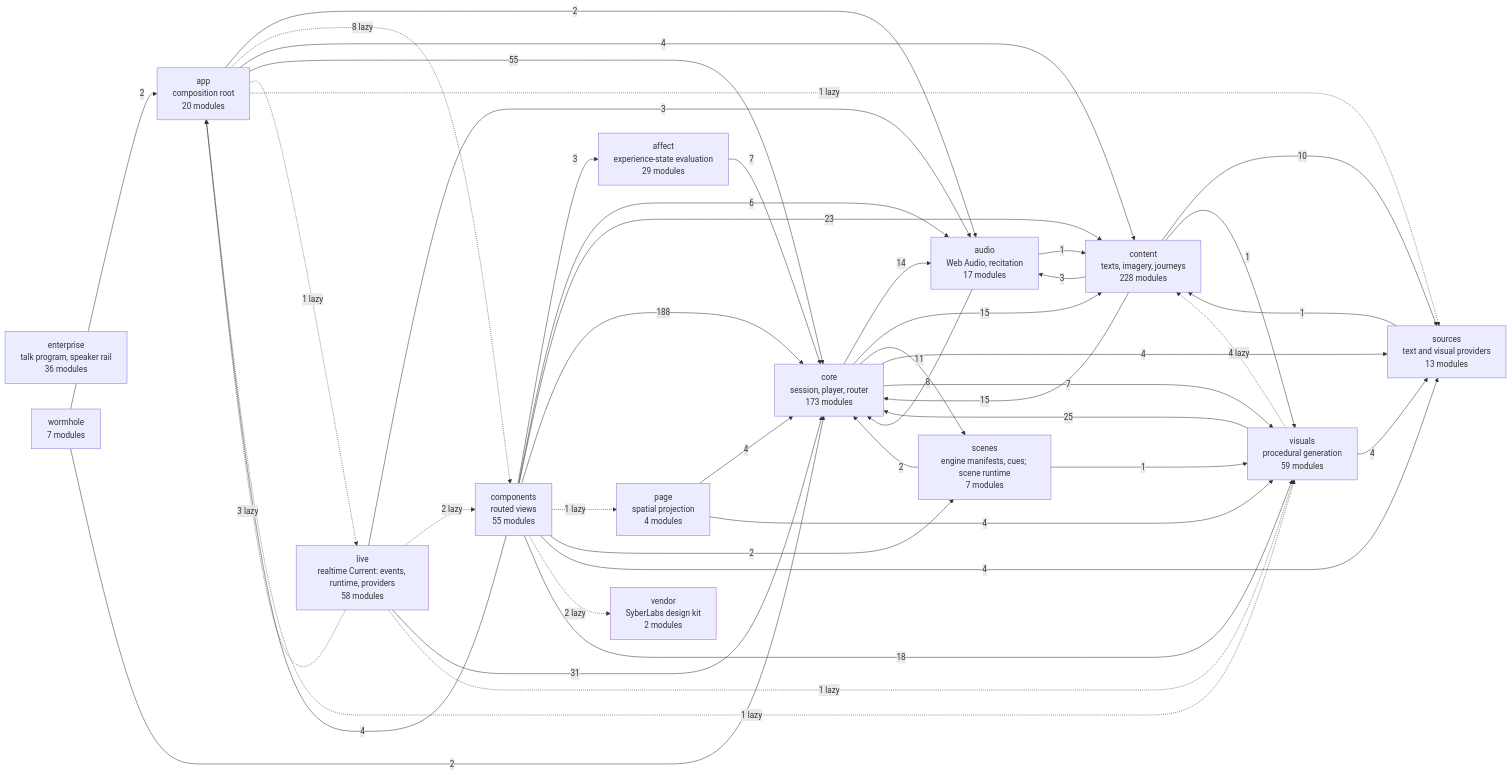
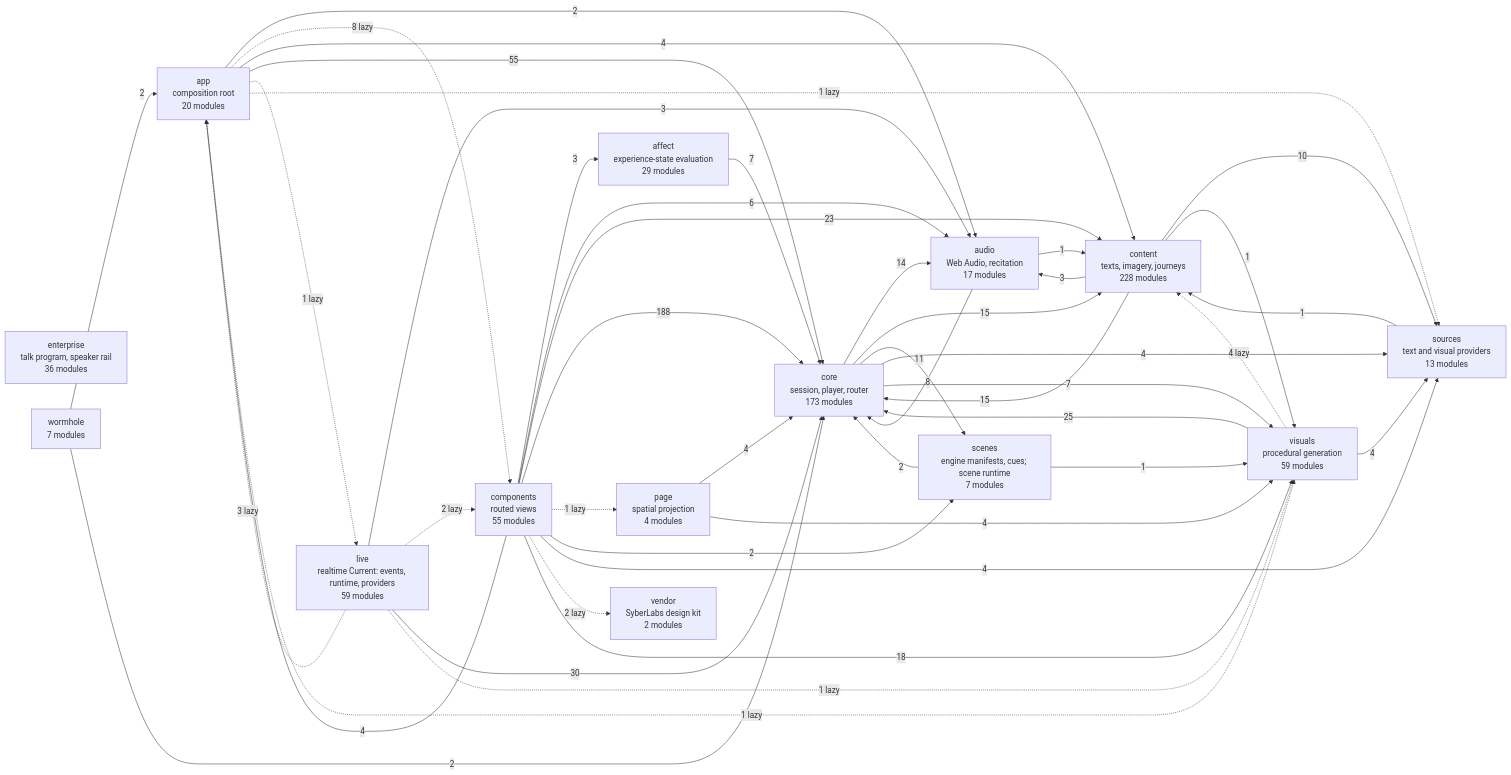
Before and after one commit to SyberLabs/RISE: the diagram in docs/specs/ARCHITECTURE.md, drawn with Mermaid.

Commit message:
Architecture diagram: regenerated

````diff
--- a/docs/specs/ARCHITECTURE.md
+++ b/docs/specs/ARCHITECTURE.md
@@ -161,62 +161,62 @@
 ```mermaid
 flowchart LR
     affect["affect<br/>experience-state evaluation<br/>29 modules"]
     app["app<br/>composition root<br/>20 modules"]
     audio["audio<br/>Web Audio, recitation<br/>17 modules"]
     components["components<br/>routed views<br/>55 modules"]
     content["content<br/>texts, imagery, journeys<br/>228 modules"]
     core["core<br/>session, player, router<br/>173 modules"]
     enterprise["enterprise<br/>talk program, speaker rail<br/>36 modules"]
-    live["live<br/>realtime Current: events, runtime, providers<br/>58 modules"]
+    live["live<br/>realtime Current: events, runtime, providers<br/>59 modules"]
     page["page<br/>spatial projection<br/>4 modules"]
     scenes["scenes<br/>engine manifests, cues; scene runtime<br/>7 modules"]
     sources["sources<br/>text and visual providers<br/>13 modules"]
     vendor["vendor<br/>SyberLabs design kit<br/>2 modules"]
     visuals["visuals<br/>procedural generation<br/>59 modules"]
     wormhole["wormhole<br/>7 modules"]
 
     affect --> |7| core
     app --> |2| audio
     app -.-> |8 lazy| components
     app --> |4| content
     app --> |55| core
     app -.-> |1 lazy| live
     app -.-> |1 lazy| sources
     app -.-> |1 lazy| visuals
     audio --> |1| content
     audio --> |8| core
     components --> |3| affect
     components --> |4| app
     components --> |6| audio
     components --> |23| content
     components --> |188| core
     components -.-> |1 lazy| page
     components --> |2| scenes
     components --> |4| sources
     components -.-> |2 lazy| vendor
     components --> |18| visuals
     content --> |3| audio
     content --> |15| core
     content --> |10| sources
     content --> |1| visuals
     core --> |14| audio
     core --> |15| content
     core --> |11| scenes
     core --> |4| sources
     core --> |7| visuals
     live -.-> |3 lazy| app
     live --> |3| audio
     live -.-> |2 lazy| components
-    live --> |31| core
+    live --> |30| core
     live -.-> |1 lazy| visuals
     page --> |4| core
     page --> |4| visuals
     scenes --> |2| core
     scenes --> |1| visuals
     sources --> |1| content
     visuals -.-> |4 lazy| content
     visuals --> |25| core
     visuals --> |4| sources
     wormhole --> |2| app
     wormhole --> |2| core
 ```
````
